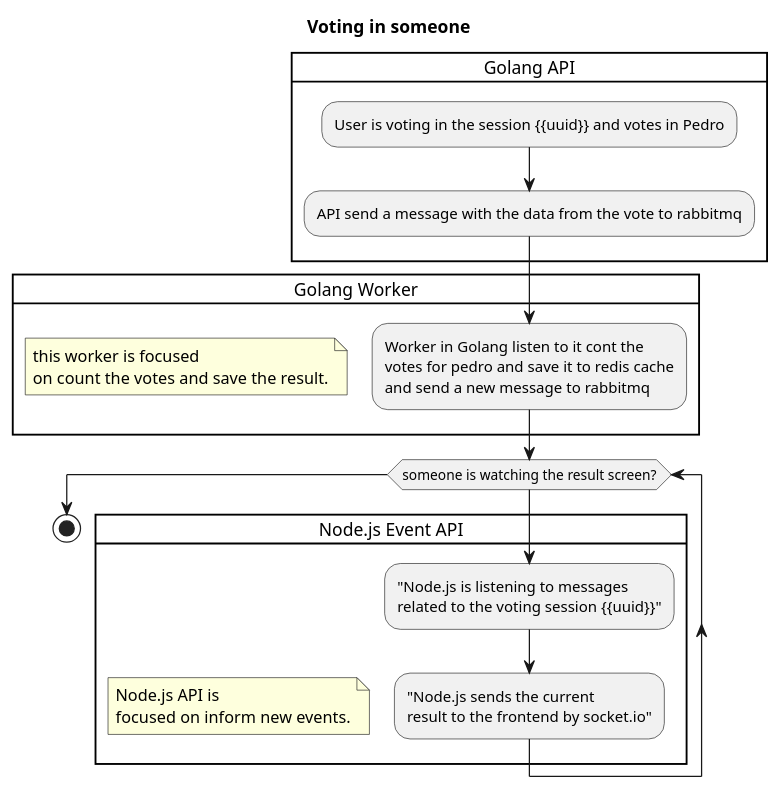
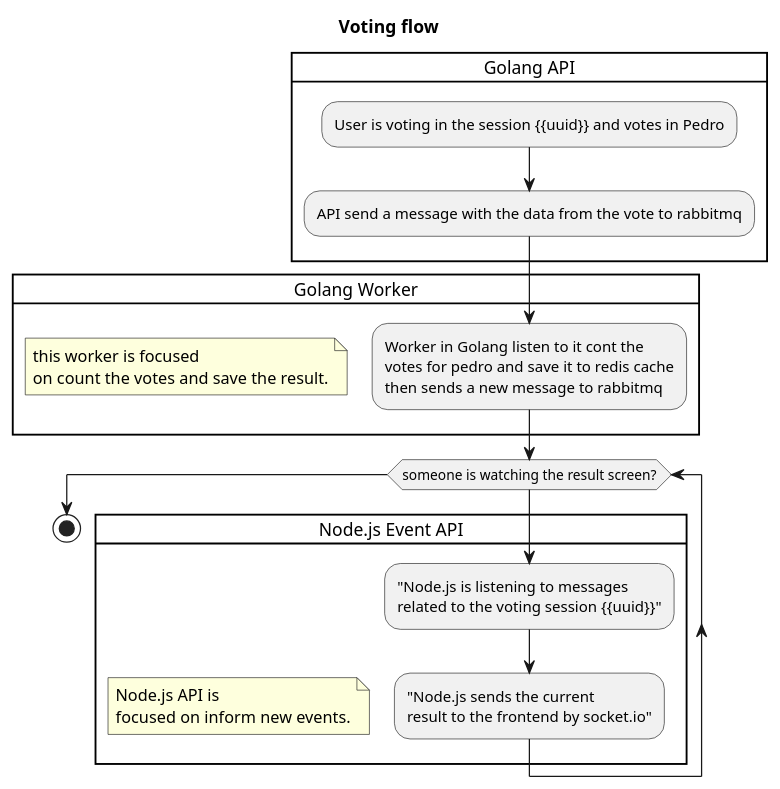
Before and after one commit to MarcolinoProjects/Voting-app_Main: the second of 2 diagrams in docs/activity.plantuml, drawn with PlantUML. The commit also changed 9 other files, not shown here.

Commit message:
docs: readme and diagrams

```diff
--- a/docs/activity.plantuml
+++ b/docs/activity.plantuml
@@ -12,26 +12,25 @@
 @startuml
-title "Voting in someone"
+title "Voting flow"
 card "Golang API" {
     :User is voting in the session {{uuid}} and votes in Pedro;
     :API send a message with the data from the vote to rabbitmq;
 }
 card "Golang Worker" {
     :Worker in Golang listen to it cont the
     votes for pedro and save it to redis cache
-    and send a new message to rabbitmq;
+    then sends a new message to rabbitmq;
     floating note: this worker is focused\non count the votes and save the result.
 }
 
 while (someone is watching the result screen?)
   card "Node.js Event API" {
       :"Node.js is listening to messages
       related to the voting session {{uuid}}";
       :"Node.js sends the current
       result to the frontend by socket.io";
   }
   floating note: Node.js API is\nfocused on inform new events.
 endwhile
-
 stop
 
 @enduml
```
